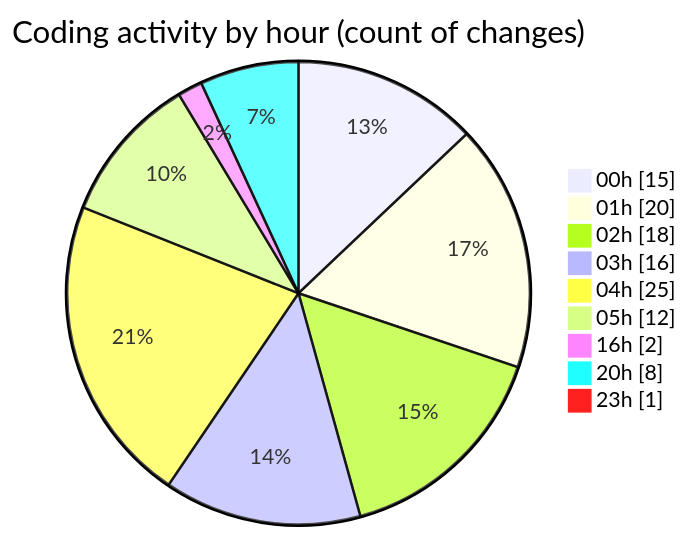
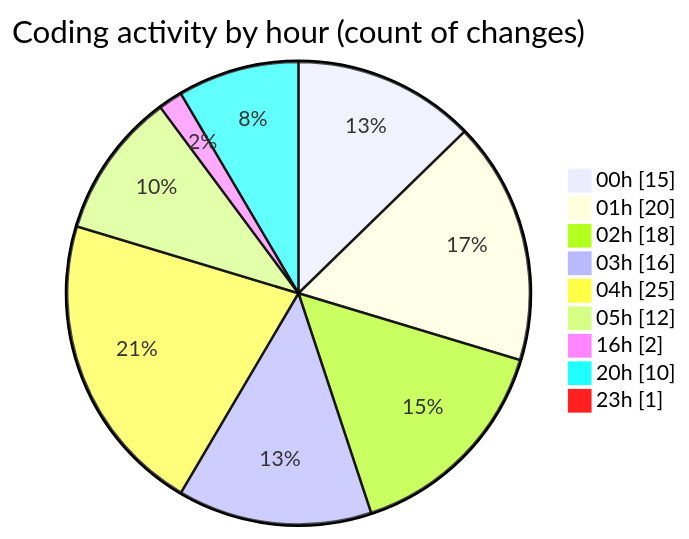
Before and after one commit to lephambinh05/code-tracking: the second of 2 diagrams in 2025-08-04/studybuddy/README.md, drawn with Mermaid. The commit also changed other lines of this file and 1 other file, not shown here.

````diff
--- a/2025-08-04/studybuddy/README.md
+++ b/2025-08-04/studybuddy/README.md
@@ -57,13 +58,13 @@
 ```mermaid
 pie showData
 title Coding activity by hour (count of changes)
 "00h" : 15
 "01h" : 20
 "02h" : 18
 "03h" : 16
 "04h" : 25
 "05h" : 12
 "16h" : 2
-"20h" : 8
+"20h" : 10
 "23h" : 1
 ```
````
